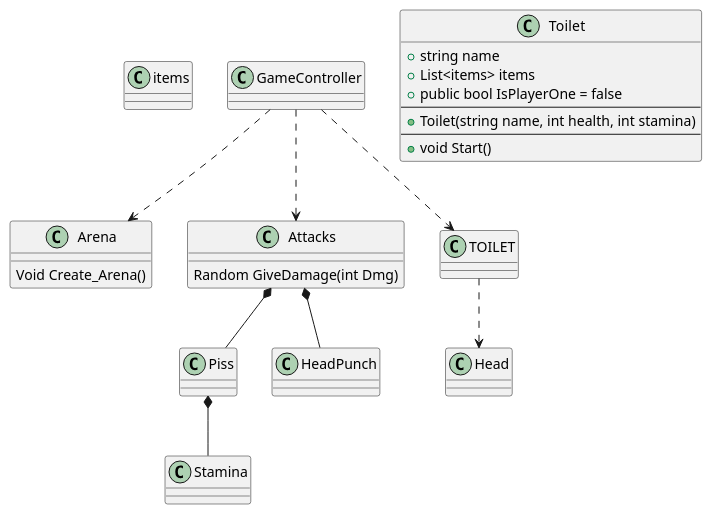
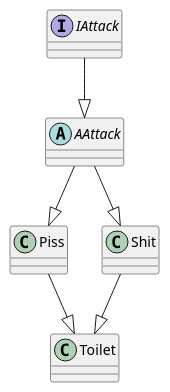
One commit to Y0S3FXD/Skibidi-Toilet-Fighter changed the diagram in Krav.puml. Above: the diagram before and after it, drawn with PlantUML. The commit also changed 4 other files, not shown here.

```diff
--- a/Krav.puml
+++ b/Krav.puml
@@ -1,42 +1,24 @@
 @startuml
-class items{}
-class GameController{
-    
+interface IAttack {
+
 }
 
-class Toilet{
-    + string name
-    + List<items> items
-    + public bool IsPlayerOne = false
-    --
-    + Toilet(string name, int health, int stamina)
-    --
-    + void Start()
+abstract class AAttack {
 }
 
-class Piss{
+class Piss {
+
 }
 
-class Head{
-
-}
-Class HeadPunch{
+class Shit {
 }
 
-class Arena{
-    Void Create_Arena()
+class Toilet {
 }
-class Attacks{
- Random GiveDamage(int Dmg)
-}
-class Stamina{
 
-}
-Piss *-- Stamina
-Attacks *--  Piss
-Attacks *--  HeadPunch
-GameController ..> Attacks
-GameController ..> Arena
-GameController ..> TOILET
-TOILET ..> Head
+IAttack --|> AAttack
+AAttack --|>  Piss
+AAttack --|>  Shit
+Piss --|> Toilet
+Shit --|> Toilet
 @enduml
```
